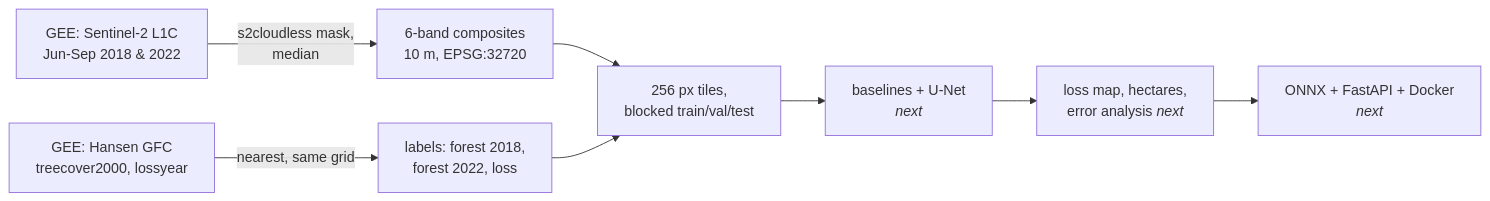
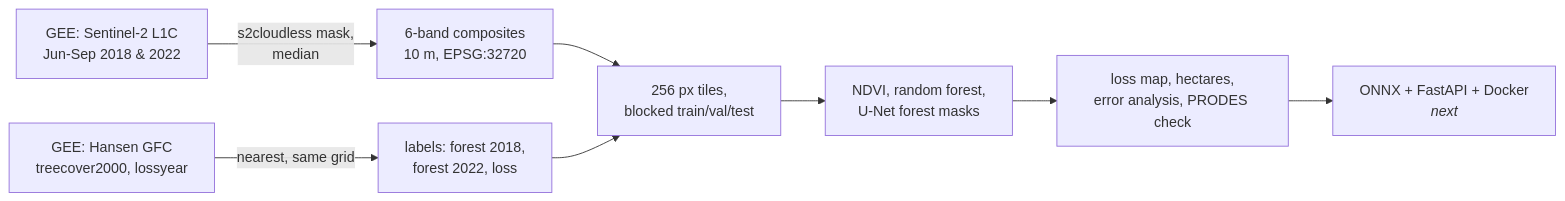
One commit to Nishchalam/Deforestation-detection changed the diagram in README.md. Above: the diagram before and after it, drawn with Mermaid. The commit also changed other lines of this file and 1 other file, not shown here.

Commit message:
Add generated results tables (forest mask, loss, PRODES) to README

````diff
--- a/README.md
+++ b/README.md
@@ -9,10 +9,10 @@
 ```mermaid
 flowchart LR
     A[GEE: Sentinel-2 L1C<br/>Jun-Sep 2018 & 2022] -->|s2cloudless mask,<br/>median| B[6-band composites<br/>10 m, EPSG:32720]
     H[GEE: Hansen GFC<br/>treecover2000, lossyear] -->|nearest, same grid| L[labels: forest 2018,<br/>forest 2022, loss]
     B --> T[256 px tiles,<br/>blocked train/val/test]
     L --> T
-    T --> M[baselines + U-Net<br/><i>next</i>]
-    M --> C[loss map, hectares,<br/>error analysis <i>next</i>]
+    T --> M[NDVI, random forest,<br/>U-Net forest masks]
+    M --> C[loss map, hectares,<br/>error analysis, PRODES check]
     C --> D[ONNX + FastAPI + Docker<br/><i>next</i>]
 ```
````
